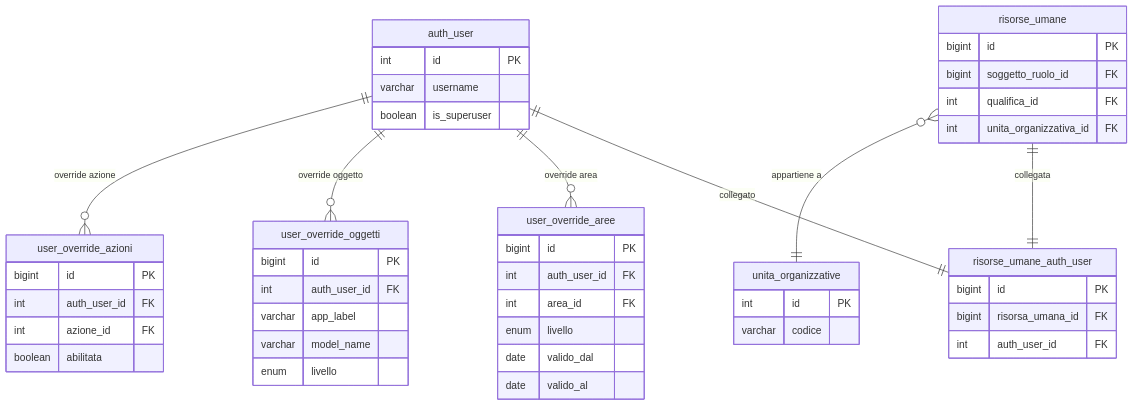
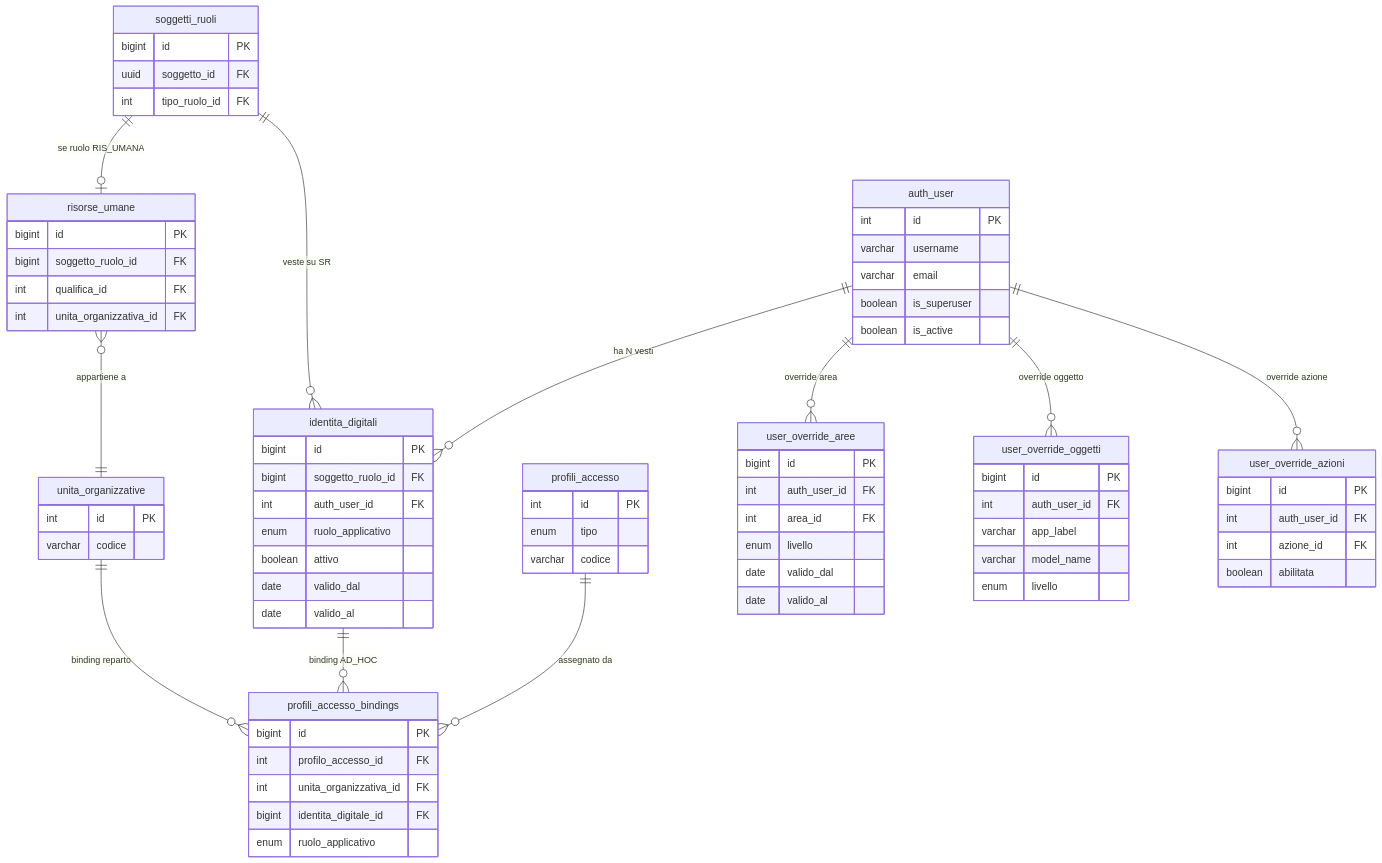
The second of 3 diagrams in docs/it/guide/architettura-permessi-e-autorizzazioni.md (Tito-it/ZeroErp), drawn with Mermaid before and after one commit. The commit also changed other lines of this file and 62 other files, not shown here.

First line of the commit message:
DB: multi-face auth v2.0 — SSO multi-veste + shop B2C canale autonomo

```diff
--- a/docs/it/guide/architettura-permessi-e-autorizzazioni.md
+++ b/docs/it/guide/architettura-permessi-e-autorizzazioni.md
@@ -902,13 +769,25 @@
     auth_user {
         int id PK
         varchar username
+        varchar email
         boolean is_superuser
+        boolean is_active
     }
 
-    risorse_umane_auth_user {
+    identita_digitali {
         bigint id PK
-        bigint risorsa_umana_id FK
+        bigint soggetto_ruolo_id FK
         int auth_user_id FK
+        enum ruolo_applicativo
+        boolean attivo
+        date valido_dal
+        date valido_al
+    }
+
+    soggetti_ruoli {
+        bigint id PK
+        uuid soggetto_id FK
+        int tipo_ruolo_id FK
     }
 
     risorse_umane {
@@ -921,6 +800,20 @@
     unita_organizzative {
         int id PK
         varchar codice
+    }
+
+    profili_accesso {
+        int id PK
+        enum tipo
+        varchar codice
+    }
+
+    profili_accesso_bindings {
+        bigint id PK
+        int profilo_accesso_id FK
+        int unita_organizzativa_id FK
+        bigint identita_digitale_id FK
+        enum ruolo_applicativo
     }
 
     user_override_aree {
@@ -947,9 +840,14 @@
         boolean abilitata
     }
 
-    auth_user ||--|| risorse_umane_auth_user : "collegato"
-    risorse_umane ||--|| risorse_umane_auth_user : "collegata"
+    auth_user ||--o{ identita_digitali : "ha N vesti"
+    soggetti_ruoli ||--o{ identita_digitali : "veste su SR"
+    soggetti_ruoli ||--o| risorse_umane : "se ruolo RIS_UMANA"
     risorse_umane }o--|| unita_organizzative : "appartiene a"
+
+    profili_accesso ||--o{ profili_accesso_bindings : "assegnato da"
+    identita_digitali ||--o{ profili_accesso_bindings : "binding AD_HOC"
+    unita_organizzative ||--o{ profili_accesso_bindings : "binding reparto"
 
     auth_user ||--o{ user_override_aree : "override area"
     auth_user ||--o{ user_override_oggetti : "override oggetto"
```
